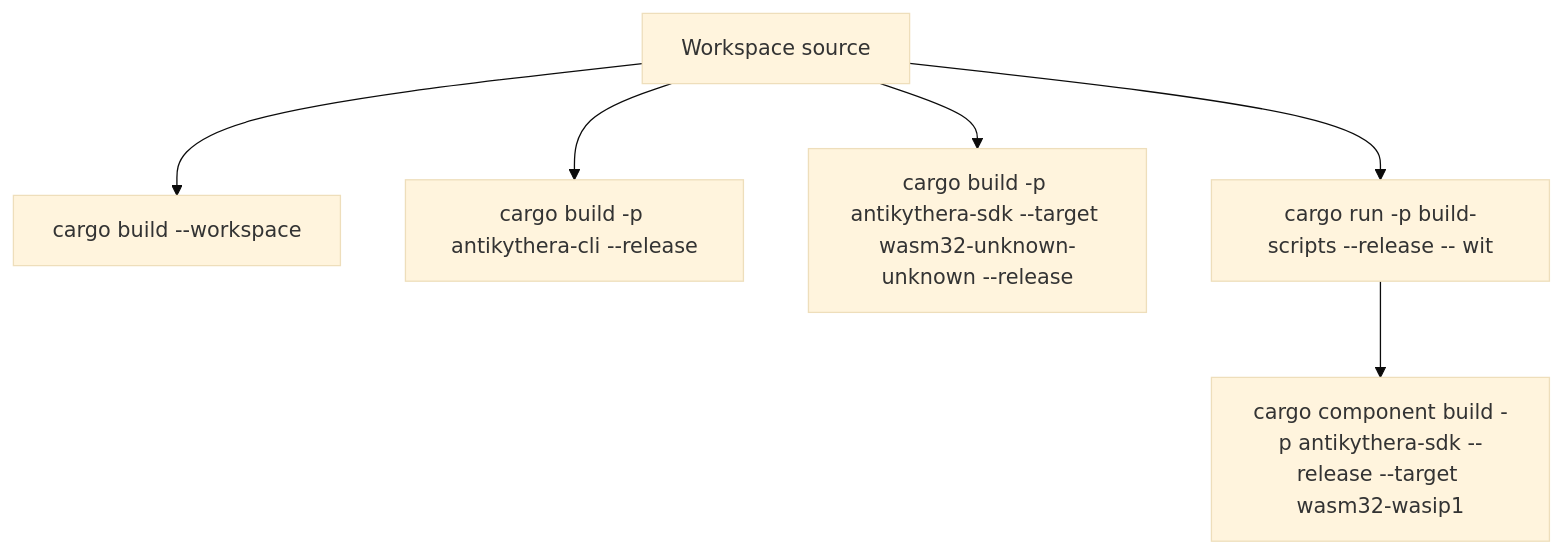
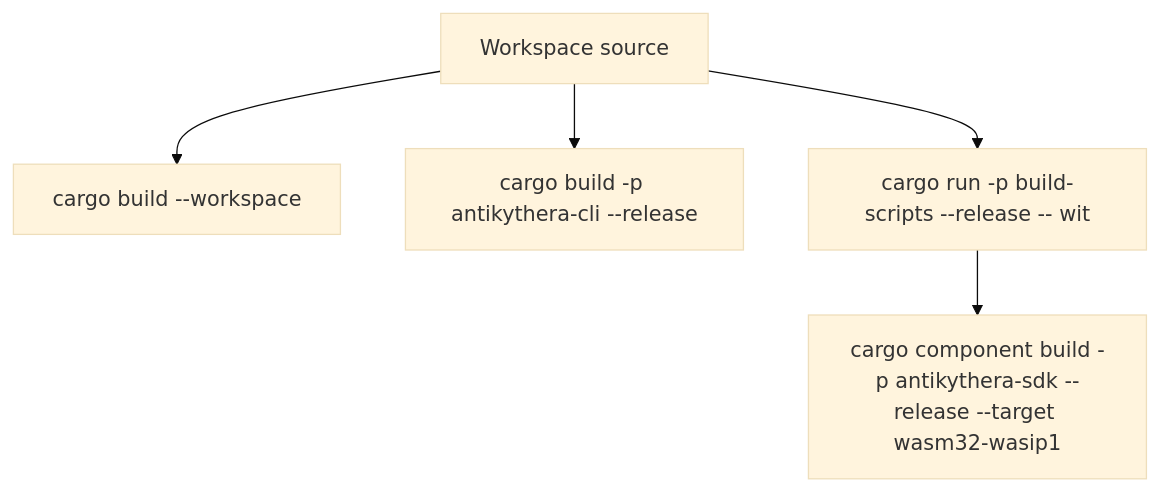
One commit to tsfarizi/antikhitera-mcp-client changed the first of 3 diagrams in documentation/BUILD.md. Above: the diagram before and after it, drawn with Mermaid (base theme). The commit also changed other lines of this file and 39 other files, not shown here.

````diff
--- a/documentation/BUILD.md
+++ b/documentation/BUILD.md
@@ -7,8 +7,7 @@
 ```mermaid
 flowchart TD
     SRC[Workspace source] --> CARGO[cargo build --workspace]
     SRC --> CLI[cargo build -p antikythera-cli --release]
-    SRC --> SDK_WASM[cargo build -p antikythera-sdk --target wasm32-unknown-unknown --release]
     SRC --> WIT[cargo run -p build-scripts --release -- wit]
     WIT --> COMPONENT[cargo component build -p antikythera-sdk --release --target wasm32-wasip1]
 ```
````
